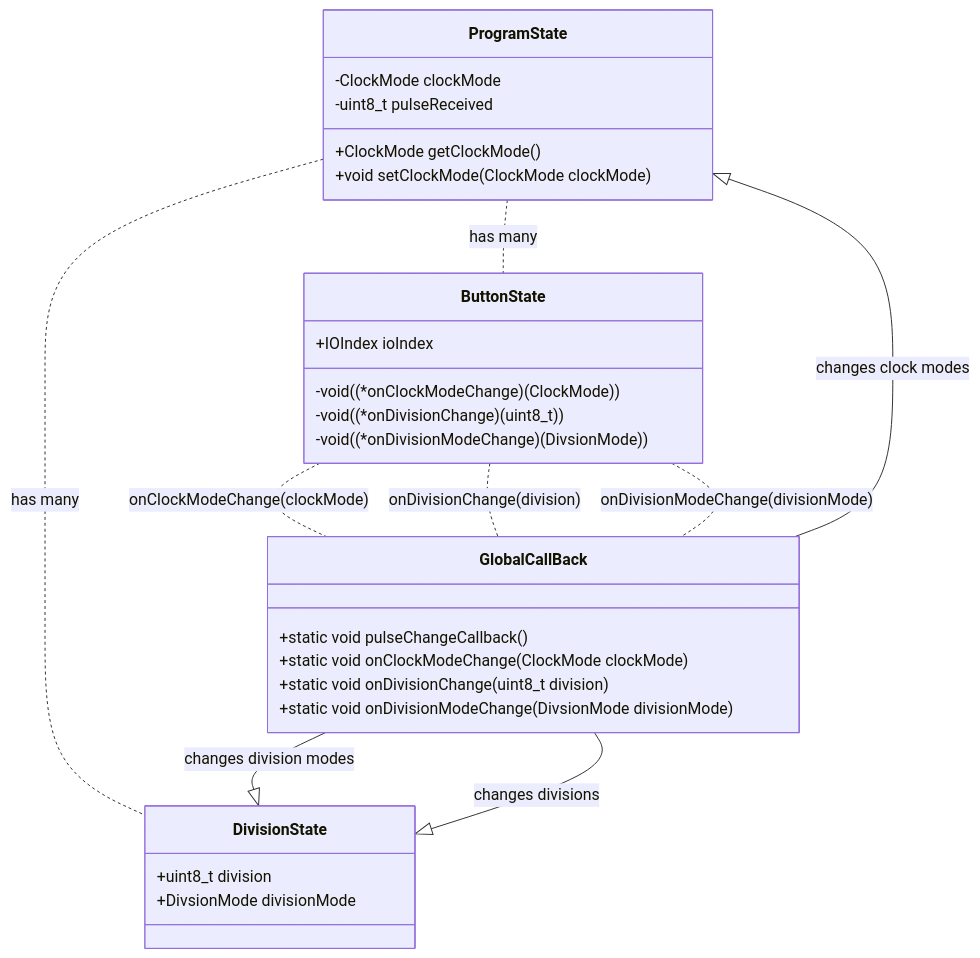
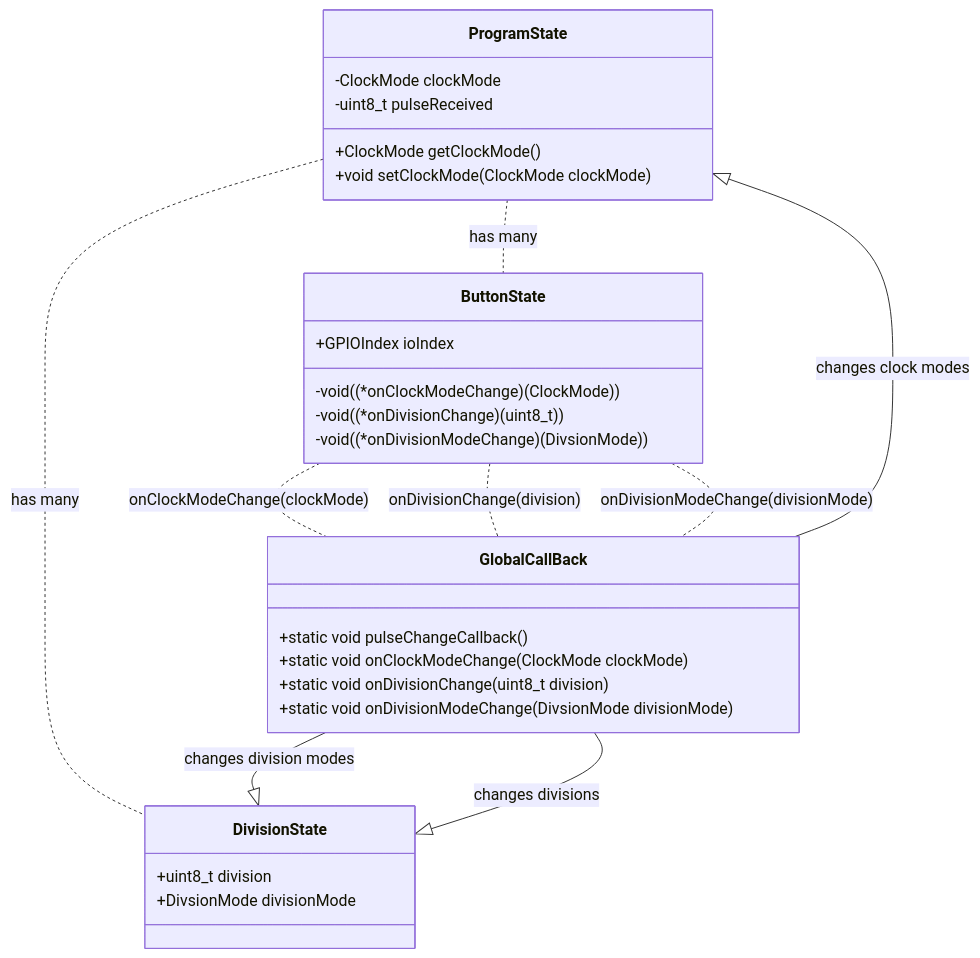
One commit to regulus33/clk changed the second of 2 diagrams in README.md. Above: the diagram before and after it, drawn with Mermaid. The commit also changed 8 other files, not shown here.

Commit message:
more comments and changed ioindex to gpioindex

````diff
--- a/README.md
+++ b/README.md
@@ -35,38 +35,38 @@
 ```mermaid
 classDiagram
     class ProgramState {
         -ClockMode clockMode
         -uint8_t pulseReceived
         +ClockMode getClockMode()
         +void setClockMode(ClockMode clockMode)
     }
     
     class DivisionState {
         +uint8_t division
         +DivsionMode divisionMode
         
     }
     
     class ButtonState {
-        +IOIndex ioIndex
+        +GPIOIndex ioIndex
         -void((*onClockModeChange)(ClockMode))
         -void((*onDivisionChange)(uint8_t))
         -void((*onDivisionModeChange)(DivsionMode))
     }
     
     class GlobalCallBack {
         +static void pulseChangeCallback()
         +static void onClockModeChange(ClockMode clockMode)
         +static void onDivisionChange(uint8_t division)
         +static void onDivisionModeChange(DivsionMode divisionMode)
     }
     
     ProgramState .. ButtonState : has many
     ProgramState .. DivisionState : has many
     ButtonState .. GlobalCallBack : onClockModeChange(clockMode)
     ButtonState .. GlobalCallBack : onDivisionChange(division)
     ButtonState .. GlobalCallBack : onDivisionModeChange(divisionMode)
     GlobalCallBack --|> ProgramState : changes clock modes
     GlobalCallBack --|> DivisionState : changes division modes
     GlobalCallBack --|> DivisionState : changes divisions
 ```
````
